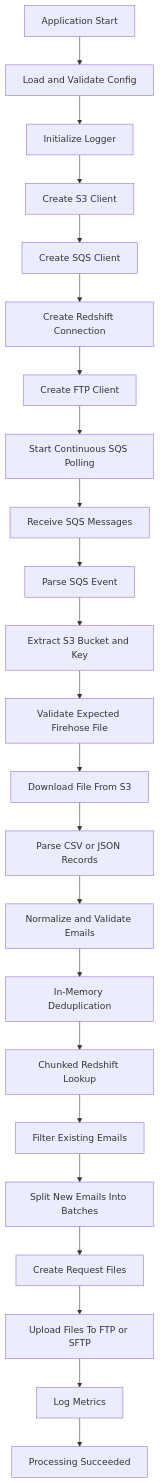
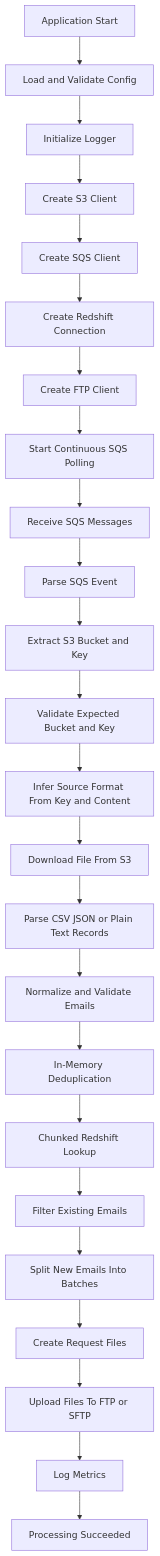
The diagram in gpd/ARCHITECTURE.md (chirraramireddy13-star/GPD-pub-source-emails), drawn with Mermaid before and after one commit. The commit also changed other lines of this file and 7 other files, not shown here.

````diff
--- a/gpd/ARCHITECTURE.md
+++ b/gpd/ARCHITECTURE.md
@@ -7,26 +7,27 @@
 ```mermaid
 flowchart TD
     A[Application Start] --> B[Load and Validate Config]
     B --> C[Initialize Logger]
     C --> D[Create S3 Client]
     D --> E[Create SQS Client]
     E --> F[Create Redshift Connection]
     F --> G[Create FTP Client]
     G --> H[Start Continuous SQS Polling]
 
     H --> I[Receive SQS Messages]
     I --> J[Parse SQS Event]
     J --> K[Extract S3 Bucket and Key]
-    K --> L[Validate Expected Firehose File]
-    L --> M[Download File From S3]
-    M --> N[Parse CSV or JSON Records]
-    N --> O[Normalize and Validate Emails]
-    O --> P[In-Memory Deduplication]
-    P --> Q[Chunked Redshift Lookup]
-    Q --> R[Filter Existing Emails]
-    R --> S[Split New Emails Into Batches]
-    S --> T[Create Request Files]
-    T --> U[Upload Files To FTP or SFTP]
-    U --> V[Log Metrics]
-    V --> W[Processing Succeeded]
+    K --> L[Validate Expected Bucket and Key]
+    L --> M[Infer Source Format From Key and Content]
+    M --> N[Download File From S3]
+    N --> O[Parse CSV JSON or Plain Text Records]
+    O --> P[Normalize and Validate Emails]
+    P --> Q[In-Memory Deduplication]
+    Q --> R[Chunked Redshift Lookup]
+    R --> S[Filter Existing Emails]
+    S --> T[Split New Emails Into Batches]
+    T --> U[Create Request Files]
+    U --> V[Upload Files To FTP or SFTP]
+    V --> W[Log Metrics]
+    W --> X[Processing Succeeded]
 ```
````
